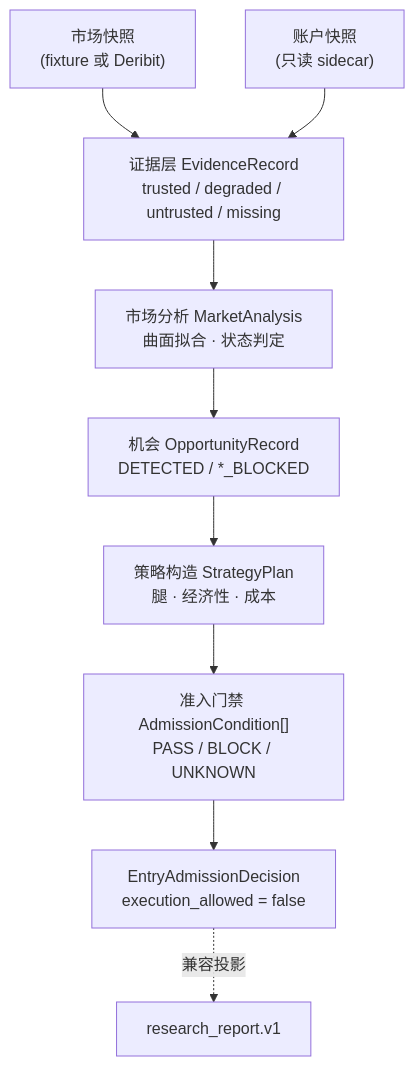
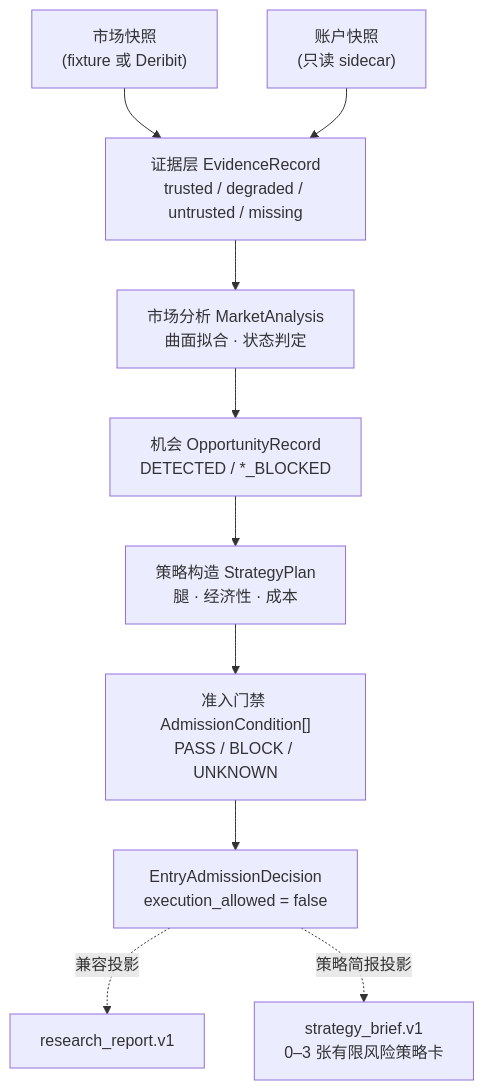
One commit to Lens-less/LensOS-Option changed the first of 2 diagrams in docs/architecture.md. Above: the diagram before and after it, drawn with Mermaid. The commit also changed other lines of this file and 194 other files, not shown here.

````diff
--- a/docs/architecture.md
+++ b/docs/architecture.md
@@ -13,12 +13,13 @@
 ```mermaid
 flowchart TD
     S["市场快照<br/>(fixture 或 Deribit)"] --> E
     A["账户快照<br/>(只读 sidecar)"] --> E
     E["证据层 EvidenceRecord<br/>trusted / degraded / untrusted / missing"] --> M
     M["市场分析 MarketAnalysis<br/>曲面拟合 · 状态判定"] --> O
     O["机会 OpportunityRecord<br/>DETECTED / *_BLOCKED"] --> P
     P["策略构造 StrategyPlan<br/>腿 · 经济性 · 成本"] --> D
     D["准入门禁 AdmissionCondition[]<br/>PASS / BLOCK / UNKNOWN"] --> R
     R["EntryAdmissionDecision<br/>execution_allowed = false"]
     R -.->|"兼容投影"| C["research_report.v1"]
+    R -.->|"策略简报投影"| B["strategy_brief.v1<br/>0–3 张有限风险策略卡"]
 ```
````
